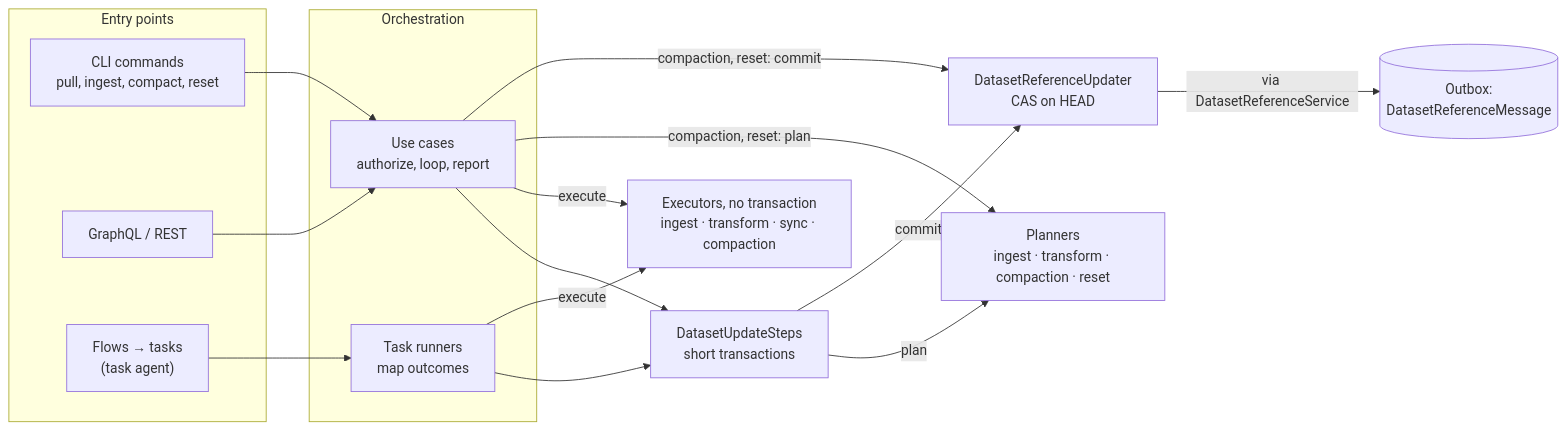
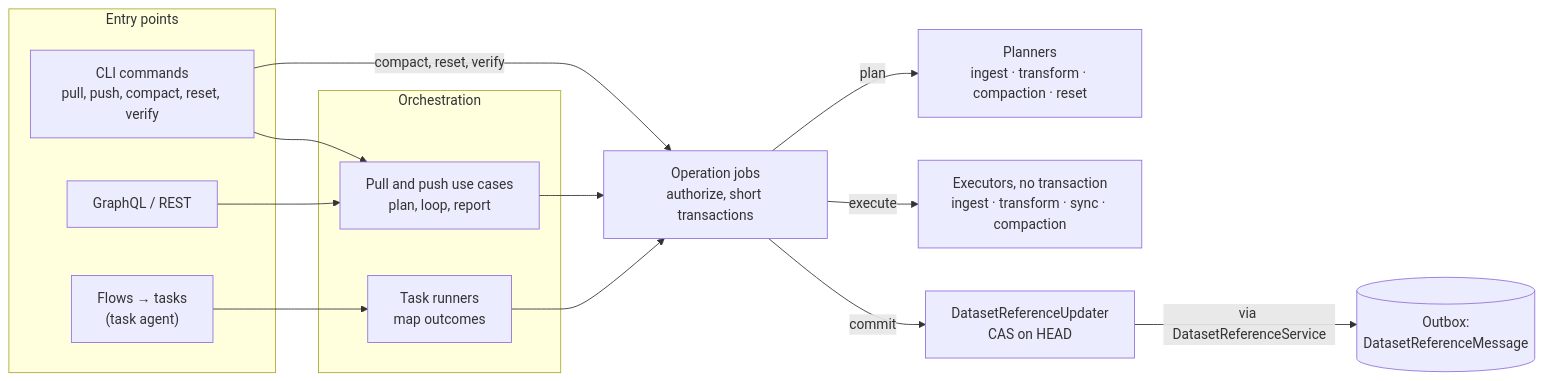
The first of 3 diagrams in docs/internal/dataset-operations.md (kamu-data/kamu-cli), drawn with Mermaid before and after one commit. The commit also changed other lines of this file and 9 other files, not shown here.

Commit message:
DS13: docs for one job per dataset operation

````diff
--- a/docs/internal/dataset-operations.md
+++ b/docs/internal/dataset-operations.md
@@ -39,32 +40,30 @@
 ```mermaid
 flowchart LR
     subgraph Entry["Entry points"]
-        CLI["CLI commands<br/>pull, ingest, compact, reset"]
+        CLI["CLI commands<br/>pull, push, compact, reset, verify"]
         GQL["GraphQL / REST"]
         FLOW["Flows → tasks<br/>(task agent)"]
     end
 
     subgraph Orchestration
-        UC["Use cases<br/>authorize, loop, report"]
+        UC["Pull and push use cases<br/>plan, loop, report"]
         RUN["Task runners<br/>map outcomes"]
     end
 
-    STEPS["DatasetUpdateSteps<br/>short transactions"]
+    JOBS["Operation jobs<br/>authorize, short transactions"]
     PLAN["Planners<br/>ingest · transform · compaction · reset"]
     EXEC["Executors, no transaction<br/>ingest · transform · sync · compaction"]
     COMMIT["DatasetReferenceUpdater<br/>CAS on HEAD"]
     OUTBOX[("Outbox:<br/>DatasetReferenceMessage")]
 
     CLI --> UC
+    CLI -- "compact, reset, verify" --> JOBS
     GQL --> UC
     FLOW --> RUN
-    UC --> STEPS
-    RUN --> STEPS
-    STEPS -- plan --> PLAN
-    UC -- execute --> EXEC
-    RUN -- execute --> EXEC
-    STEPS -- commit --> COMMIT
-    UC -- "compaction, reset: plan" --> PLAN
-    UC -- "compaction, reset: commit" --> COMMIT
+    UC --> JOBS
+    RUN --> JOBS
+    JOBS -- plan --> PLAN
+    JOBS -- execute --> EXEC
+    JOBS -- commit --> COMMIT
     COMMIT -- "via DatasetReferenceService" --> OUTBOX
 ```
````
